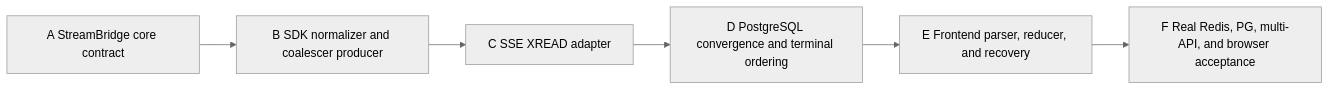
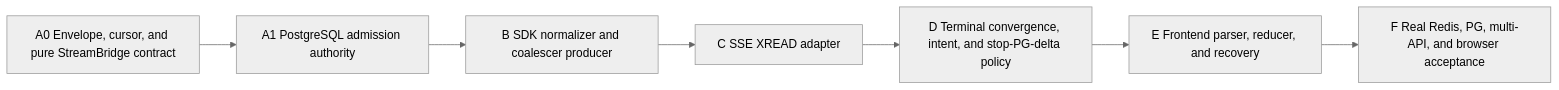
Before and after one commit to demonsxxxxxx/ai-platform: the eighth of 8 diagrams in docs/architecture/redis-streams-sse-event-channel.md, drawn with Mermaid (neutral theme). The commit also changed other lines of this file and 3 other files, not shown here.

````diff
--- a/docs/architecture/redis-streams-sse-event-channel.md
+++ b/docs/architecture/redis-streams-sse-event-channel.md
@@ -827,8 +999,9 @@
 ```mermaid
 flowchart LR
-    A["A StreamBridge core contract"] --> B["B SDK normalizer and coalescer producer"]
+    A0["A0 Envelope, cursor, and pure StreamBridge contract"] --> A1["A1 PostgreSQL admission authority"]
+    A1 --> B["B SDK normalizer and coalescer producer"]
     B --> C["C SSE XREAD adapter"]
-    C --> D["D PostgreSQL convergence and terminal ordering"]
+    C --> D["D Terminal convergence, intent, and stop-PG-delta policy"]
     D --> E["E Frontend parser, reducer, and recovery"]
     E --> F["F Real Redis, PG, multi-API, and browser acceptance"]
 ```
````
